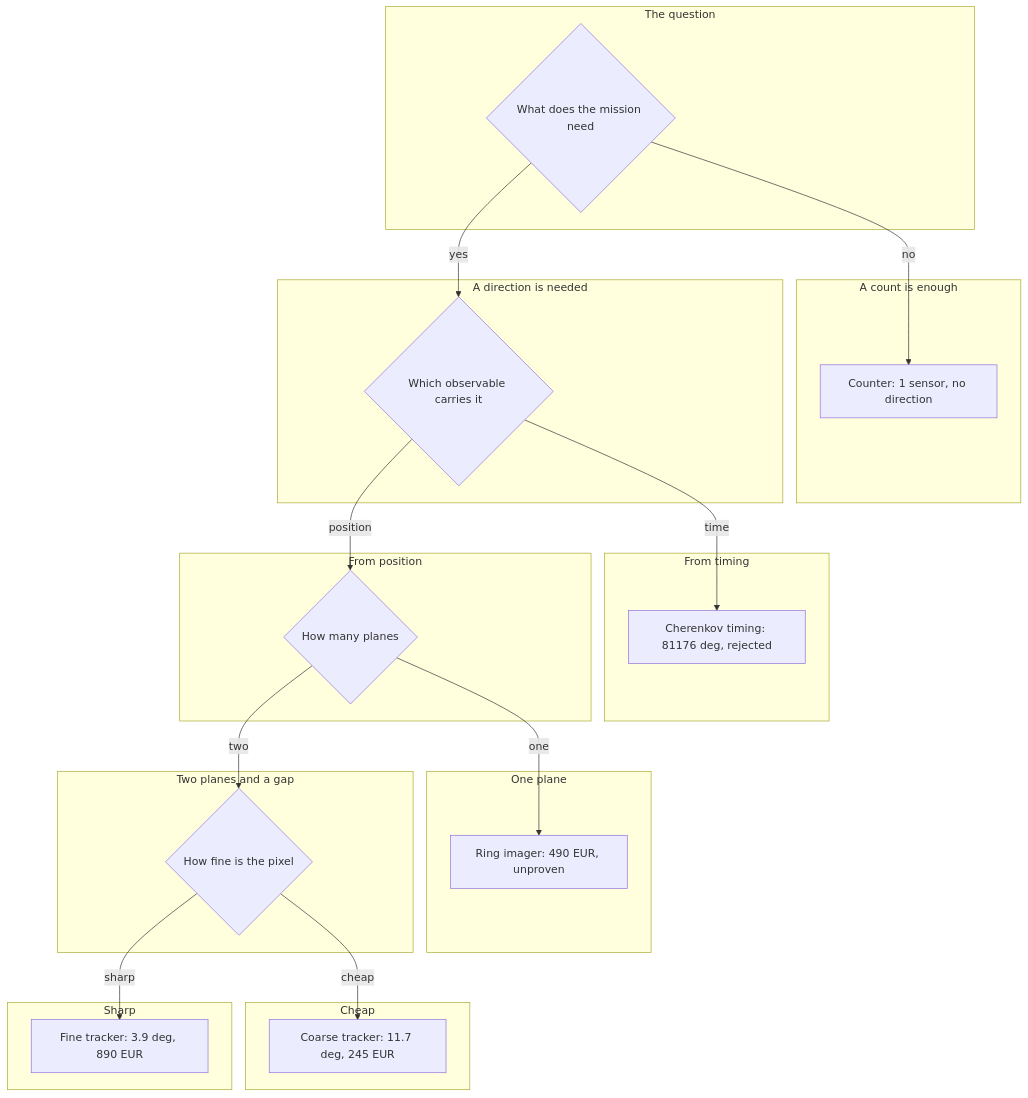
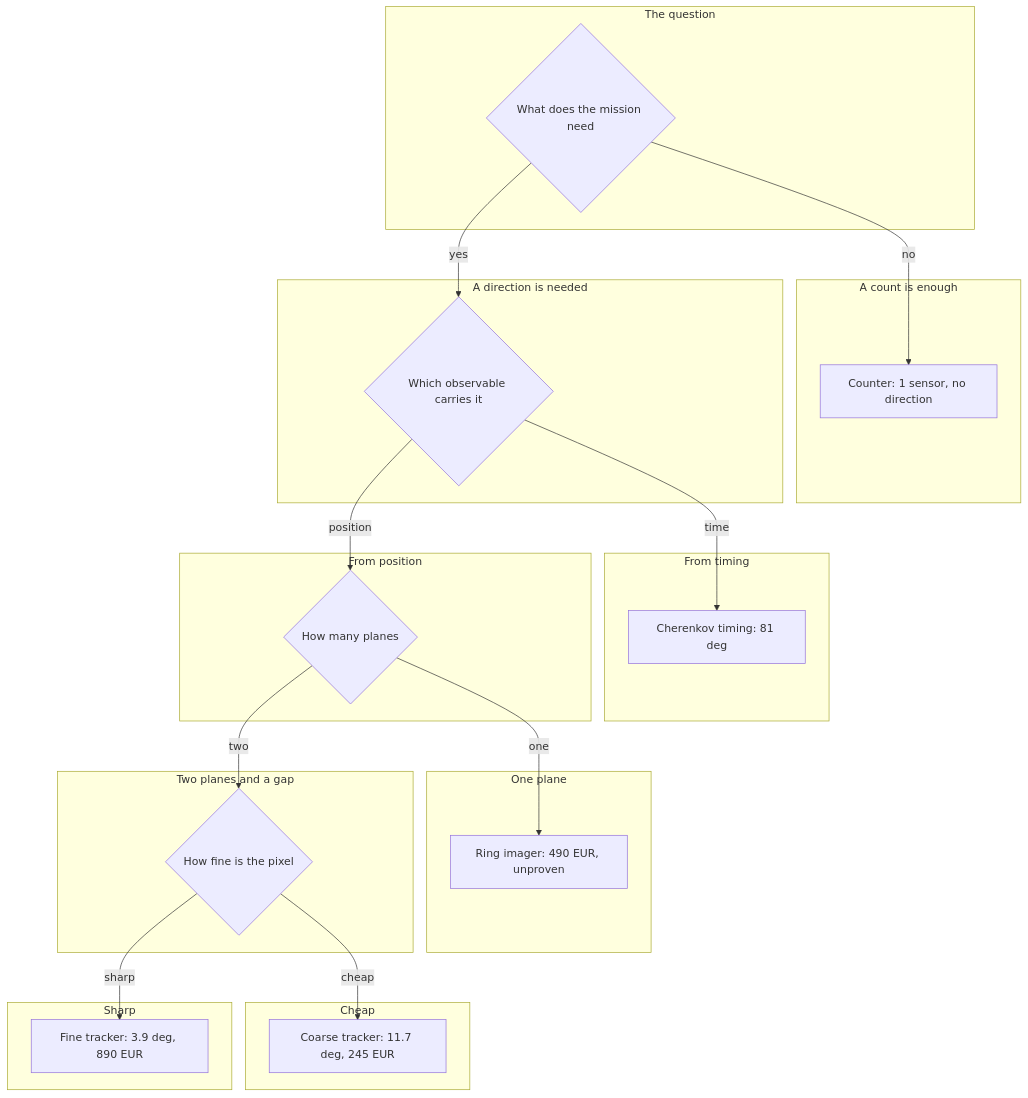
One commit to oskuhansson/CanLab changed the second of 2 diagrams in docs/muon/README.md. Above: the diagram before and after it, drawn with Mermaid. The commit also changed other lines of this file and 13 other files, not shown here.

````diff
--- a/docs/muon/README.md
+++ b/docs/muon/README.md
@@ -99,38 +101,38 @@
 ```mermaid
 flowchart TB
     subgraph G_Q["The question"]
         NEED{"What does the mission need"}
     end
     subgraph G_NODIR["A count is enough"]
         COUNTER["Counter: 1 sensor, no direction"]
     end
     subgraph G_DIR["A direction is needed"]
         HOW{"Which observable carries it"}
     end
     subgraph G_TIME["From timing"]
-        CHER["Cherenkov timing: 81176 deg, rejected"]
+        CHER["Cherenkov timing: 81 deg"]
     end
     subgraph G_POS["From position"]
         PLANES{"How many planes"}
     end
     subgraph G_ONE["One plane"]
         RING["Ring imager: 490 EUR, unproven"]
     end
     subgraph G_TWO["Two planes and a gap"]
         PIXELS{"How fine is the pixel"}
     end
     subgraph G_COARSE["Cheap"]
         COARSE["Coarse tracker: 11.7 deg, 245 EUR"]
     end
     subgraph G_FINE["Sharp"]
         FINE["Fine tracker: 3.9 deg, 890 EUR"]
     end
     NEED -->|"no"| COUNTER
     NEED -->|"yes"| HOW
     HOW -->|"time"| CHER
     HOW -->|"position"| PLANES
     PLANES -->|"one"| RING
     PLANES -->|"two"| PIXELS
     PIXELS -->|"cheap"| COARSE
     PIXELS -->|"sharp"| FINE
 ```
````
